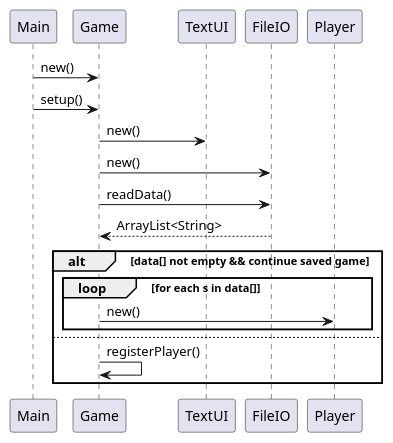
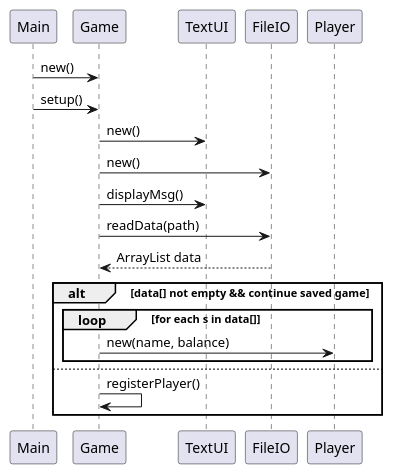
One commit to Dat1Cphbusiness/MonopolyE24 changed the diagram in doc/Plan/dynamic/sequence_uc1_startGame.puml. Above: the diagram before and after it, drawn with PlantUML.

Commit message:
Made a sequence Diagram

```diff
--- a/doc/Plan/dynamic/sequence_uc1_startGame.puml
+++ b/doc/Plan/dynamic/sequence_uc1_startGame.puml
@@ -1,19 +1,22 @@
 @startuml
 'https://plantuml.com/sequence-diagram
 
 Main -> Game: new()
 Main -> Game: setup()
 Game -> TextUI: new()
 Game -> FileIO: new()
-Game -> FileIO: readData()
-FileIO --> Game: ArrayList<String>
+
+Game -> TextUI: displayMsg()
+Game -> FileIO: readData(path)
+FileIO --> Game: ArrayList data
+
 alt data[] not empty && continue saved game
 loop for each s in data[]
-Game -> Player: new()
+Game -> Player: new(name, balance)
 end
 
 else
 Game -> Game: registerPlayer()
 end
 
 @enduml
```
